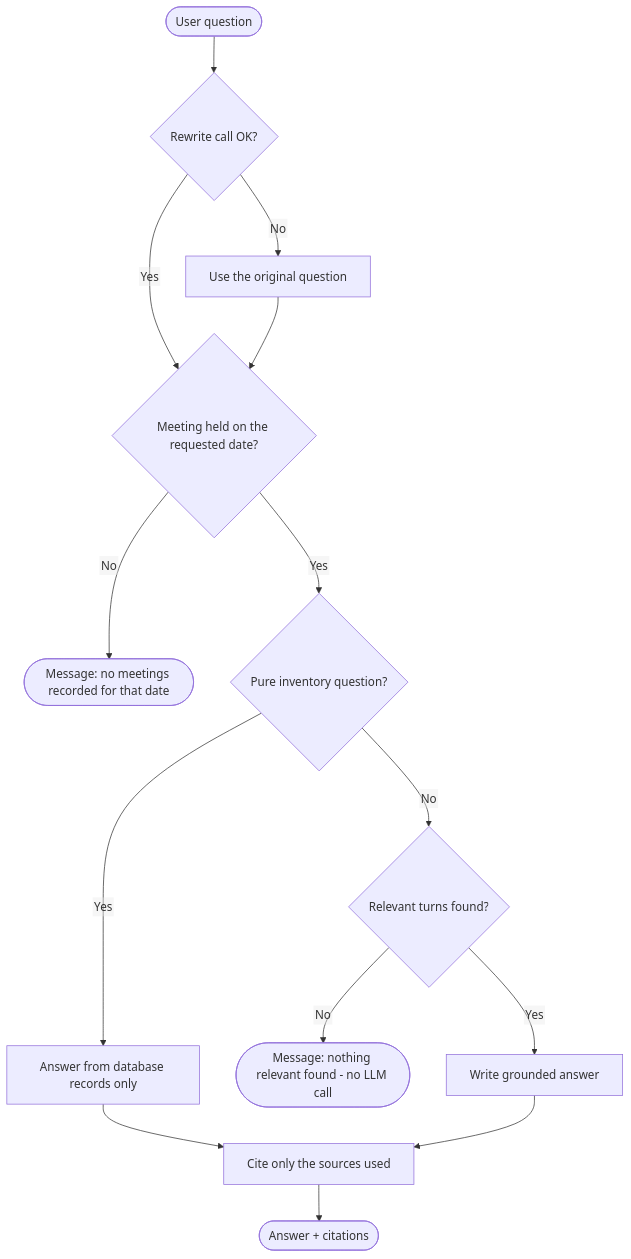
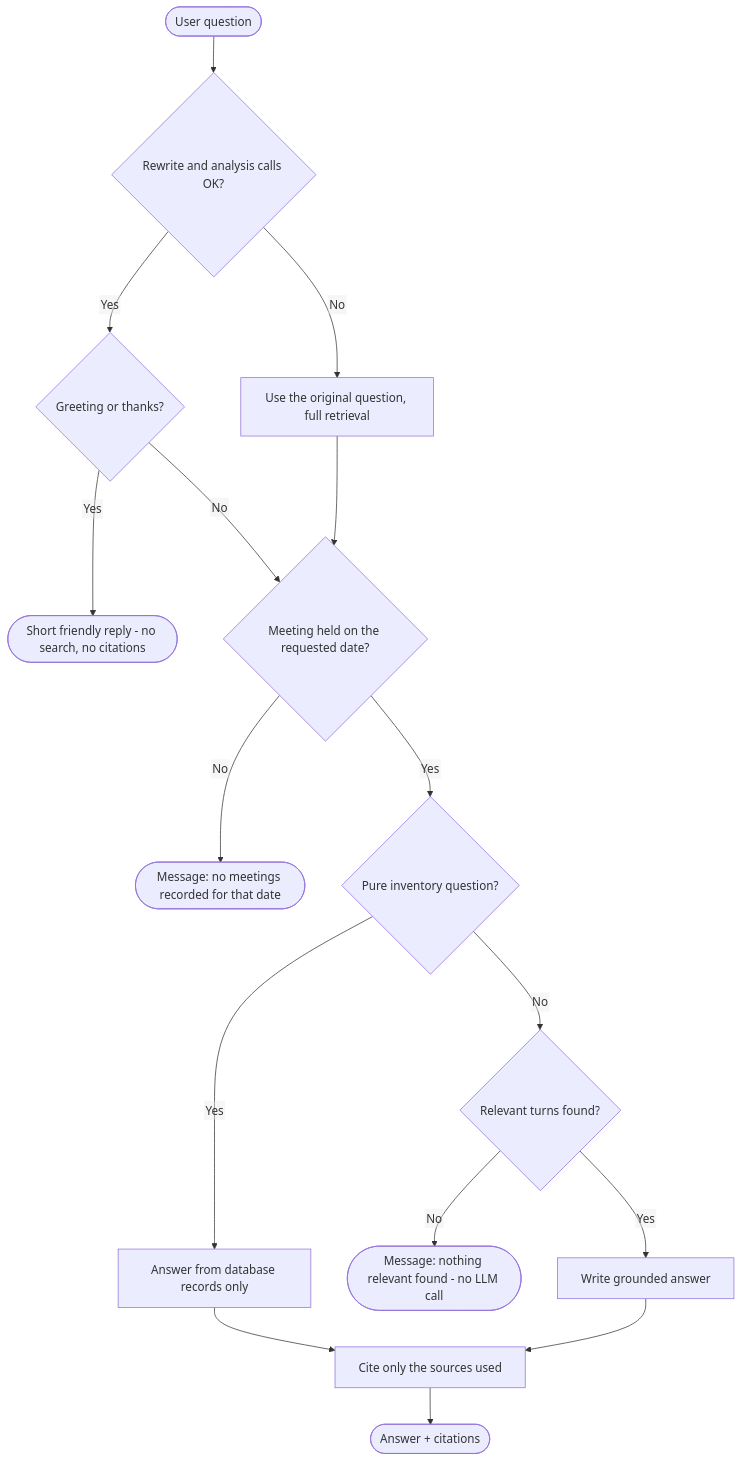
The first of 6 diagrams in docs/architecture_notion.md (akshit-mahajan26/Meeting-Transcription), drawn with Mermaid before and after one commit. The commit also changed other lines of this file and 2 other files, not shown here.

````diff
--- a/docs/architecture_notion.md
+++ b/docs/architecture_notion.md
@@ -65,17 +65,19 @@
 ```mermaid
 %%{init: {"flowchart": {"htmlLabels": false, "padding": 16}}}%%
 flowchart TD
-    A([User question]) --> B{Rewrite call OK?}
-    B -- No --> B2[Use the original question]
-    B -- Yes --> C
+    A([User question]) --> B{Rewrite and analysis calls OK?}
+    B -- No --> B2[Use the original question, full retrieval]
+    B -- Yes --> S{Greeting or thanks?}
+    S -- Yes --> X0([Short friendly reply - no search, no citations])
+    S -- No --> C
     B2 --> C{Meeting held on the requested date?}
     C -- No --> X1([Message: no meetings recorded for that date])
     C -- Yes --> D{Pure inventory question?}
     D -- Yes --> L[Answer from database records only]
     D -- No --> E{Relevant turns found?}
     E -- No --> X2([Message: nothing relevant found - no LLM call])
     E -- Yes --> L2[Write grounded answer]
     L --> G[Cite only the sources used]
     L2 --> G
     G --> H([Answer + citations])
 ```
````
